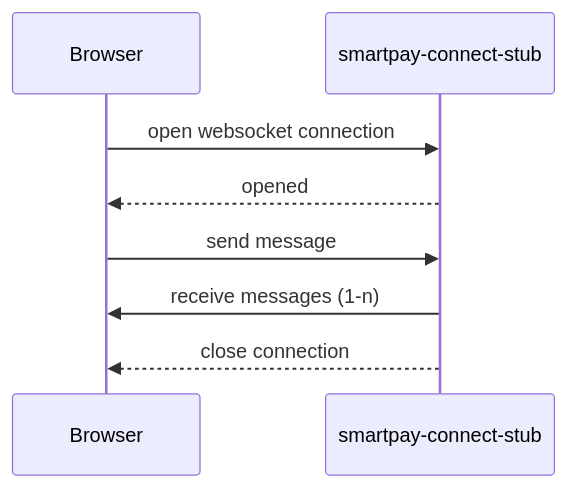
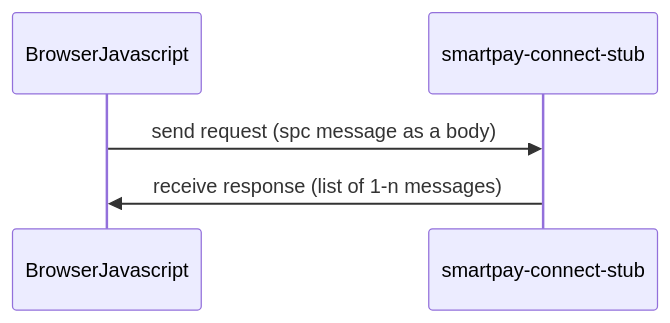
The second of 2 diagrams in README.md (hmrc/smartpay-connect-stub), drawn with Mermaid before and after one commit. The commit also changed other lines of this file, not shown here.

Commit message:
[PP][OPS-10176] fix readme (#47)

````diff
--- a/README.md
+++ b/README.md
@@ -27,13 +19,9 @@
 ```mermaid
 sequenceDiagram
-participant B as Browser
+participant B as BrowserJavascript
 participant SPCS as smartpay-connect-stub
 
-    B->>SPCS: open websocket connection
-    SPCS-->>B: opened
-
-    B->>SPCS: send message
-    SPCS->>B: receive messages (1-n)
-    SPCS-->>B: close connection
+    B->>SPCS: send request (spc message as a body)
+    SPCS->>B: receive response (list of 1-n messages)
 
 ```
````
